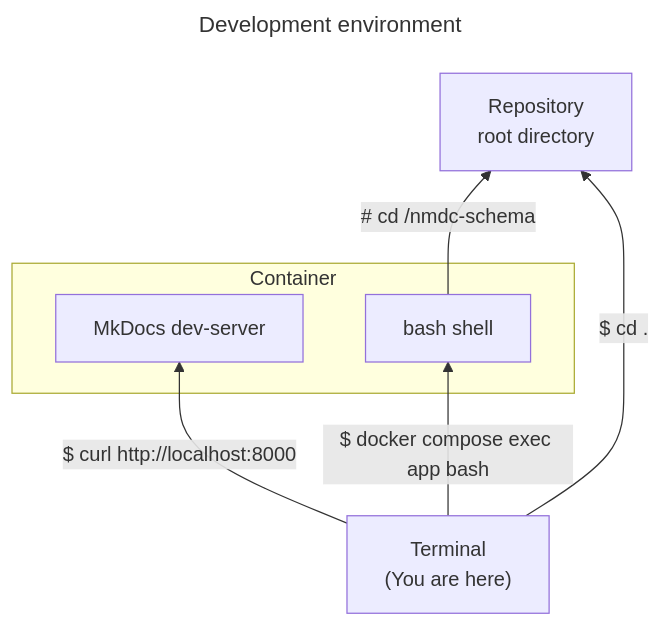
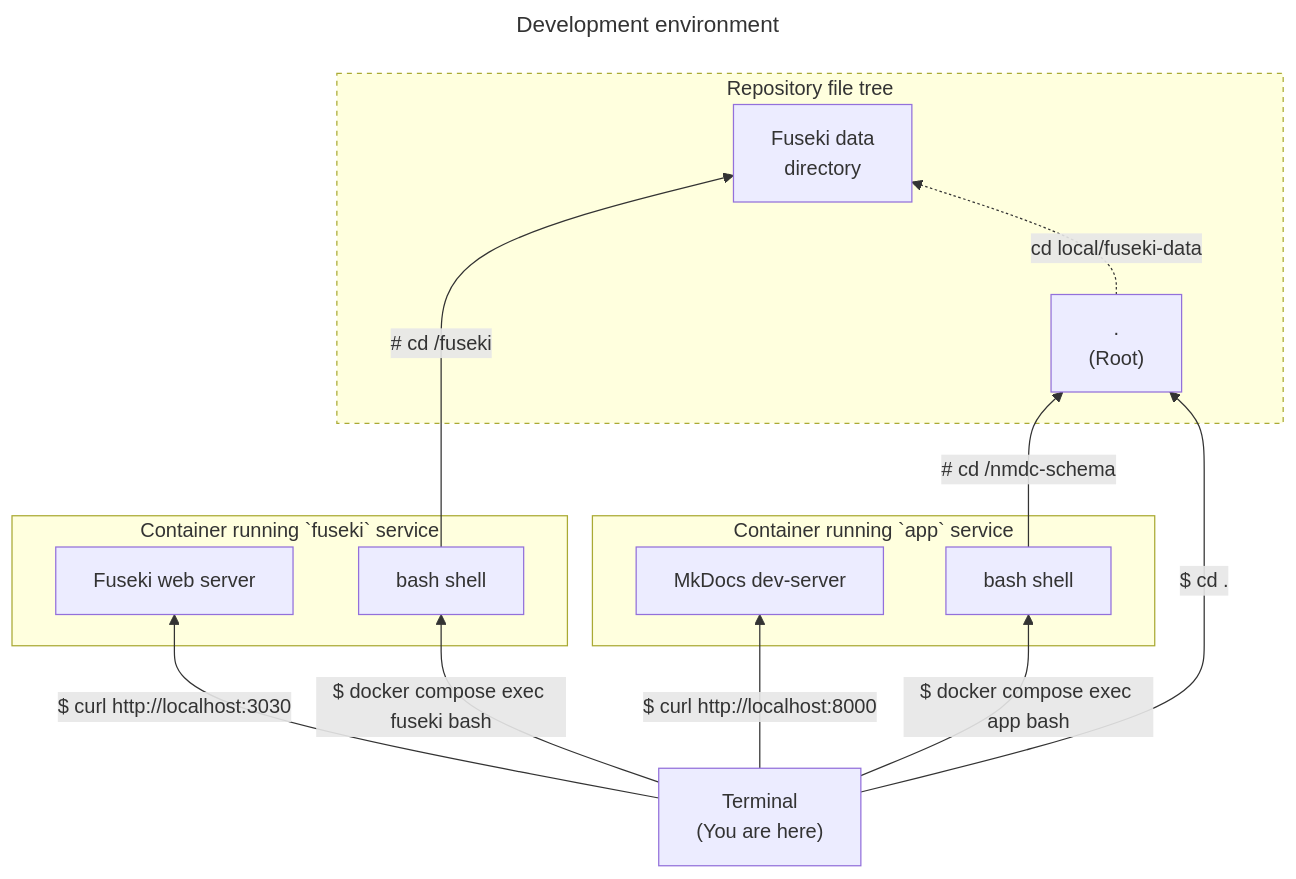
One commit to microbiomedata/nmdc-schema changed the diagram in DEVELOPMENT.md. Above: the diagram before and after it, drawn with Mermaid. The commit also changed other lines of this file, not shown here.

Commit message:
Update documentation to account for Fuseki container

````diff
--- a/DEVELOPMENT.md
+++ b/DEVELOPMENT.md
@@ -9,21 +11,33 @@
 ```mermaid
 ---
 title: Development environment
 ---
 graph BT
-    %% Nodes:
-    dir["Repository<br>root directory"]
-    host["Terminal<br>(You are here)"]
+    host_terminal["Terminal<br>(You are here)"]
+    
+    subgraph app_container["Container running `app` service"]
+        mkdocs_server["MkDocs dev-server"]
+        app_bash["bash shell"]
+    end
+    
+    subgraph fuseki_container["Container running `fuseki` service"]
+        fuseki_server["Fuseki web server"]
+        fuseki_bash["bash shell"]
+    end
+    
+    subgraph repo_file_tree["Repository file tree"]
+        repo_root_dir[".<br>(Root)"]
+        repo_fuseki_dir["./local/fuseki-data<br>(Fuseki data)"]
+    end
+    style repo_file_tree stroke-dasharray: 4
     
     %% Links:
-    host -- "$ curl http://localhost:8000" --> mkdocs
-    host -- "$ docker compose exec app bash" --> bash
-    bash -- "# cd /nmdc-schema" --> dir
-    host -- "$ cd ." --> dir
-    
-    subgraph Container["Container"]
-        %% Nodes:
-        mkdocs["MkDocs dev-server"]
-        bash["bash shell"]
-    end
+    host_terminal -- "$ curl http://localhost:8000" --> mkdocs_server
+    host_terminal -- "$ docker compose exec app bash" --> app_bash
+    app_bash -- "# cd /nmdc-schema" --> repo_root_dir
+    host_terminal -- "$ cd ." --> repo_root_dir
+    host_terminal -- "$ curl http://localhost:3030" --> fuseki_server
+    host_terminal -- "$ docker compose exec fuseki bash" --> fuseki_bash
+    fuseki_bash -- "# cd /fuseki" --> repo_fuseki_dir["Fuseki data<br>directory"]
+    repo_root_dir -. "cd local/fuseki-data" .-> repo_fuseki_dir
 ```
````
